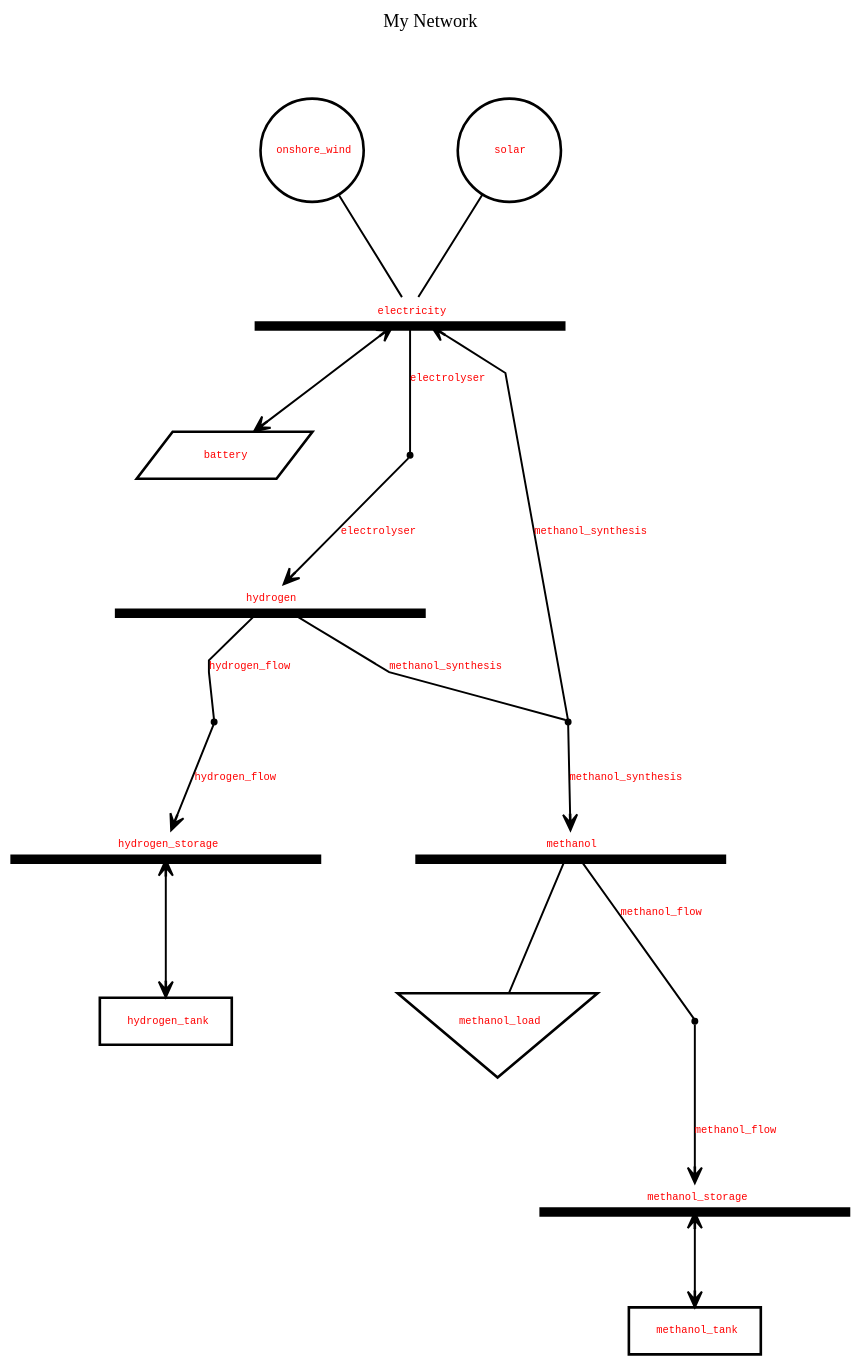
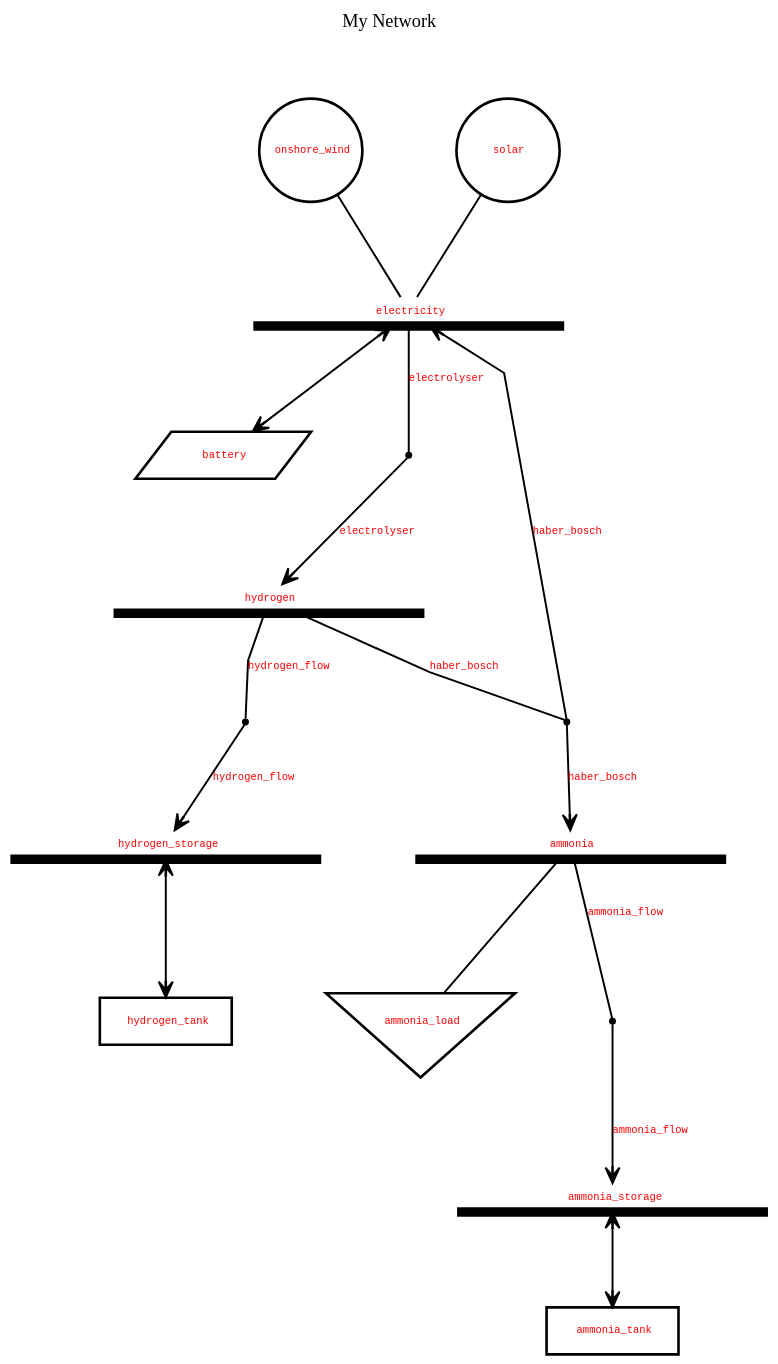
One commit to philouhawi/PyPSA-China-Green-LCOX-Model changed the diagram in topography.dot. Above: the diagram before and after it, drawn with Graphviz. The commit also changed 3 other files, not shown here.

```diff
--- a/topography.dot
+++ b/topography.dot
@@ -1,5 +1,5 @@
 //
-// Generated by PyPSATopo version 1.1.0 (on the 2025/03/07 at 16:11:39) using the following parameters: 
+// Generated by PyPSATopo version 1.1.0 (on the 2025/03/07 at 19:08:41) using the following parameters: 
 //
 //    file_input=None
 //    focus=None
@@ -85,8 +85,8 @@
 Lines: 0
 
 Power time series: N/A ", shape = "underline", width = 3.30, height = 0.30, style = "setlinewidth(7.30)", color = "black"]
-   "methanol (bus)" [label = <<font color = "red">methanol</font>>, tooltip = "Bus: methanol
-Carrier: methanol
+   "ammonia (bus)" [label = <<font color = "red">ammonia</font>>, tooltip = "Bus: ammonia
+Carrier: ammonia
 Unit: 
 Generators: 0
 Loads: 1
@@ -97,8 +97,8 @@
 Lines: 0
 
 Power time series: N/A ", shape = "underline", width = 3.30, height = 0.30, style = "setlinewidth(7.30)", color = "black"]
-   "methanol_storage (bus)" [label = <<font color = "red">methanol_storage</font>>, tooltip = "Bus: methanol_storage
-Carrier: methanol
+   "ammonia_storage (bus)" [label = <<font color = "red">ammonia_storage</font>>, tooltip = "Bus: ammonia_storage
+Carrier: ammonia
 Unit: 
 Generators: 0
 Loads: 0
@@ -137,10 +137,10 @@
 Power time series: N/A ", shape = "circle", width = 1.10, style = "setlinewidth(2.00)", color = "black"]   "solar (generator)" -> "electricity (bus)" [style = "setlinewidth(1.50)", color = "black", arrowhead = "none"]
 
    // loads (1)
-   "methanol_load (load)" [label = <<font color = "red">methanol_load</font>>, tooltip = "Load: methanol_load
-Bus: methanol
+   "ammonia_load (load)" [label = <<font color = "red">ammonia_load</font>>, tooltip = "Load: ammonia_load
+Bus: ammonia
 Carrier: 
-Power set: 100.00 ", shape = "invtriangle", width = 1.50, height = 1.20, style = "setlinewidth(2.00)", color = "black"]   "methanol (bus)" -> "methanol_load (load)" [style = "setlinewidth(1.50)", color = "black", arrowhead = "none"]
+Power set: 100.00 ", shape = "invtriangle", width = 1.50, height = 1.20, style = "setlinewidth(2.00)", color = "black"]   "ammonia (bus)" -> "ammonia_load (load)" [style = "setlinewidth(1.50)", color = "black", arrowhead = "none"]
 
    // stores (2)
    "hydrogen_tank (store)" [label = <<font color = "red">hydrogen_tank</font>>, tooltip = "Store: hydrogen_tank
@@ -156,9 +156,9 @@
 Optimised nominal energy: 0.00 h
 Energy time series: N/A h
 Power time series: N/A ", shape = "box", width = 1.40, style = "setlinewidth(2.00)", color = "black"]   "hydrogen_storage (bus)" -> "hydrogen_tank (store)" [style = "setlinewidth(1.50)", color = "black", arrowhead = "vee", arrowtail = "vee", arrowsize = 1.20, dir = "both"]
-   "methanol_tank (store)" [label = <<font color = "red">methanol_tank</font>>, tooltip = "Store: methanol_tank
-Bus: methanol_storage
-Carrier: methanol
+   "ammonia_tank (store)" [label = <<font color = "red">ammonia_tank</font>>, tooltip = "Store: ammonia_tank
+Bus: ammonia_storage
+Carrier: ammonia
 Extendable nominal energy: True
 Nominal energy: 0.00 h
 Power set: 0.00 
@@ -168,7 +168,7 @@
 
 Optimised nominal energy: 0.00 h
 Energy time series: N/A h
-Power time series: N/A ", shape = "box", width = 1.40, style = "setlinewidth(2.00)", color = "black"]   "methanol_storage (bus)" -> "methanol_tank (store)" [style = "setlinewidth(1.50)", color = "black", arrowhead = "vee", arrowtail = "vee", arrowsize = 1.20, dir = "both"]
+Power time series: N/A ", shape = "box", width = 1.40, style = "setlinewidth(2.00)", color = "black"]   "ammonia_storage (bus)" -> "ammonia_tank (store)" [style = "setlinewidth(1.50)", color = "black", arrowhead = "vee", arrowtail = "vee", arrowsize = 1.20, dir = "both"]
 
    // storage units (1)
    "battery (storage unit)" [label = <<font color = "red">battery</font>>, tooltip = "Storage unit: battery
@@ -193,7 +193,7 @@
 Carrier: Electrolyser
 Extendable nominal energy: True
 Nominal power: 0.00 MW
-Capital cost: 60179.63 currency/MW
+Capital cost: 87630.44 currency/MW
 Marginal cost: 0.00 currency/MWh
 
 Optimised nominal power: 0.00 MW
@@ -204,7 +204,7 @@
 Carrier: Electrolyser
 Extendable nominal power: True
 Nominal power: 0.00 MW
-Capital cost: 60179.63 currency/MW
+Capital cost: 87630.44 currency/MW
 Marginal cost: 0.00 currency/MWh
 
 Optimised nominal power: 0.00 MW
@@ -231,33 +231,33 @@
 
 Optimised nominal power: 0.00 MW
 Power time series (p0): N/A MW", style = "setlinewidth(1.50)", color = "black", arrowhead = "none"]
-   "methanol_synthesis (multi-link)" [label = <<font color = "red">methanol_synthesis</font>>, tooltip = "Multi-link: methanol_synthesis
+   "haber_bosch (multi-link)" [label = <<font color = "red">haber_bosch</font>>, tooltip = "Multi-link: haber_bosch
 From: hydrogen (bus0)
-To: methanol (bus1)
+To: ammonia (bus1)
 To: electricity (bus2)
-Carrier: methanol_synthesis
+Carrier: Haber-Bosch
 Extendable nominal energy: True
 Nominal power: 0.00 MW
-Capital cost: 140100.96 currency/MW
-Marginal cost: 7.46 currency/MWh
+Capital cost: 75185.56 currency/MW
+Marginal cost: 10.85 currency/MWh
 
 Optimised nominal power: 0.00 MW
 Power time series (p0): N/A MW", shape = "point", width = 0.06, color = "black"]
-   "hydrogen (bus)" -> "methanol_synthesis (multi-link)" [label = <<font color = "red">methanol_synthesis</font>>, tooltip = "Multi-link: methanol_synthesis
+   "hydrogen (bus)" -> "haber_bosch (multi-link)" [label = <<font color = "red">haber_bosch</font>>, tooltip = "Multi-link: haber_bosch
 From: hydrogen (bus0)
-To: methanol (bus1)
+To: ammonia (bus1)
 To: electricity (bus2)
-Carrier: methanol_synthesis
+Carrier: Haber-Bosch
 Extendable nominal power: True
 Nominal power: 0.00 MW
-Capital cost: 140100.96 currency/MW
-Marginal cost: 7.46 currency/MWh
+Capital cost: 75185.56 currency/MW
+Marginal cost: 10.85 currency/MWh
 
 Optimised nominal power: 0.00 MW
 Power time series (p0): N/A MW", style = "setlinewidth(1.50)", color = "black", arrowhead = "none"]
-   "methanol_flow (multi-link)" [label = <<font color = "red">methanol_flow</font>>, tooltip = "Multi-link: methanol_flow
-From: methanol (bus0)
-To: methanol_storage (bus1)
+   "ammonia_flow (multi-link)" [label = <<font color = "red">ammonia_flow</font>>, tooltip = "Multi-link: ammonia_flow
+From: ammonia (bus0)
+To: ammonia_storage (bus1)
 Carrier: 
 Extendable nominal energy: True
 Nominal power: 0.00 MW
@@ -266,9 +266,9 @@
 
 Optimised nominal power: 0.00 MW
 Power time series (p0): N/A MW", shape = "point", width = 0.06, color = "black"]
-   "methanol (bus)" -> "methanol_flow (multi-link)" [label = <<font color = "red">methanol_flow</font>>, tooltip = "Multi-link: methanol_flow
-From: methanol (bus0)
-To: methanol_storage (bus1)
+   "ammonia (bus)" -> "ammonia_flow (multi-link)" [label = <<font color = "red">ammonia_flow</font>>, tooltip = "Multi-link: ammonia_flow
+From: ammonia (bus0)
+To: ammonia_storage (bus1)
 Carrier: 
 Extendable nominal power: True
 Nominal power: 0.00 MW
@@ -286,7 +286,7 @@
 Extendable nominal power: True
 Nominal power: 0.00 MW
 Efficiency: 0.59
-Capital cost: 60179.63 currency/MW
+Capital cost: 87630.44 currency/MW
 Marginal cost: 0.00 currency/MWh
 
 Optimised nominal power: 0.00 MW
@@ -305,35 +305,35 @@
 Optimised nominal power: 0.00 MW
 Power time series (p0): N/A MW
 Power time series (p1): N/A MW", style = "setlinewidth(1.50)", color = "black", arrowhead = "vee", arrowsize = 1.20]
-   "methanol_synthesis (multi-link)" -> "methanol (bus)" [label = <<font color = "red">methanol_synthesis</font>>, tooltip = "Multi-link: methanol_synthesis
+   "haber_bosch (multi-link)" -> "ammonia (bus)" [label = <<font color = "red">haber_bosch</font>>, tooltip = "Multi-link: haber_bosch
 From: hydrogen (bus0)
-To: methanol (bus1)
-Carrier: methanol_synthesis
+To: ammonia (bus1)
+Carrier: Haber-Bosch
 Extendable nominal power: True
 Nominal power: 0.00 MW
-Efficiency: 1.00
-Capital cost: 140100.96 currency/MW
-Marginal cost: 7.46 currency/MWh
+Efficiency: 0.82
+Capital cost: 75185.56 currency/MW
+Marginal cost: 10.85 currency/MWh
 
 Optimised nominal power: 0.00 MW
 Power time series (p0): N/A MW
 Power time series (p1): N/A MW", style = "setlinewidth(1.50)", color = "black", arrowhead = "vee", arrowsize = 1.20]
-   "methanol_synthesis (multi-link)" -> "electricity (bus)" [label = <<font color = "red">methanol_synthesis</font>>, tooltip = "Multi-link: methanol_synthesis
+   "haber_bosch (multi-link)" -> "electricity (bus)" [label = <<font color = "red">haber_bosch</font>>, tooltip = "Multi-link: haber_bosch
 From: hydrogen (bus0)
 To: electricity (bus2)
-Carrier: methanol_synthesis
+Carrier: Haber-Bosch
 Extendable nominal power: True
 Nominal power: 0.00 MW
-Efficiency: -0.03
-Capital cost: 140100.96 currency/MW
-Marginal cost: 7.46 currency/MWh
+Efficiency: -0.12
+Capital cost: 75185.56 currency/MW
+Marginal cost: 10.85 currency/MWh
 
 Optimised nominal power: 0.00 MW
 Power time series (p0): N/A MW
 Power time series (p2): N/A MW", style = "setlinewidth(1.50)", color = "black", arrowhead = "vee", arrowsize = 1.20]
-   "methanol_flow (multi-link)" -> "methanol_storage (bus)" [label = <<font color = "red">methanol_flow</font>>, tooltip = "Multi-link: methanol_flow
-From: methanol (bus0)
-To: methanol_storage (bus1)
+   "ammonia_flow (multi-link)" -> "ammonia_storage (bus)" [label = <<font color = "red">ammonia_flow</font>>, tooltip = "Multi-link: ammonia_flow
+From: ammonia (bus0)
+To: ammonia_storage (bus1)
 Carrier: 
 Extendable nominal power: True
 Nominal power: 0.00 MW
```
